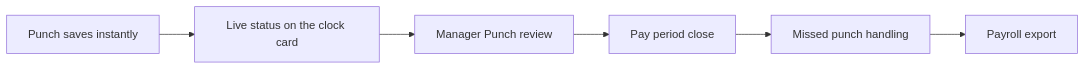
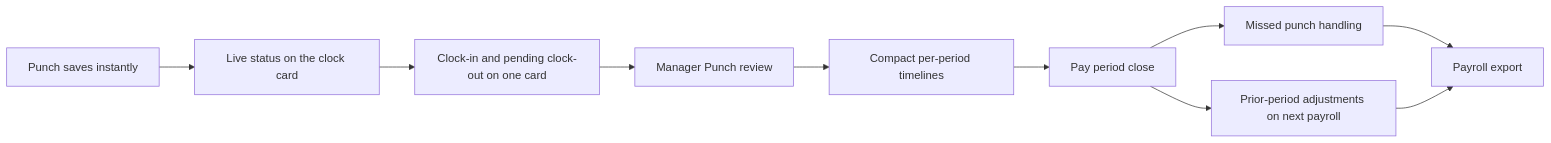
One commit to staceykay67/scalemaker-hris-showcase changed diagram 11 of 21 in README.md. Above: the diagram before and after it, drawn with Mermaid. The commit also changed other lines of this file, not shown here.

````diff
--- a/README.md
+++ b/README.md
@@ -332,8 +389,12 @@
 ```mermaid
 flowchart LR
     Punch["Punch saves instantly"] --> Status["Live status on the clock card"]
-    Status --> Review["Manager Punch review"]
-    Review --> Close["Pay period close"]
+    Status --> Pair["Clock-in and pending clock-out on one card"]
+    Pair --> Review["Manager Punch review"]
+    Review --> Timeline["Compact per-period timelines"]
+    Timeline --> Close["Pay period close"]
     Close --> Missed["Missed punch handling"]
+    Close --> Next["Prior-period adjustments on next payroll"]
     Missed --> Export["Payroll export"]
+    Next --> Export
 ```
````
